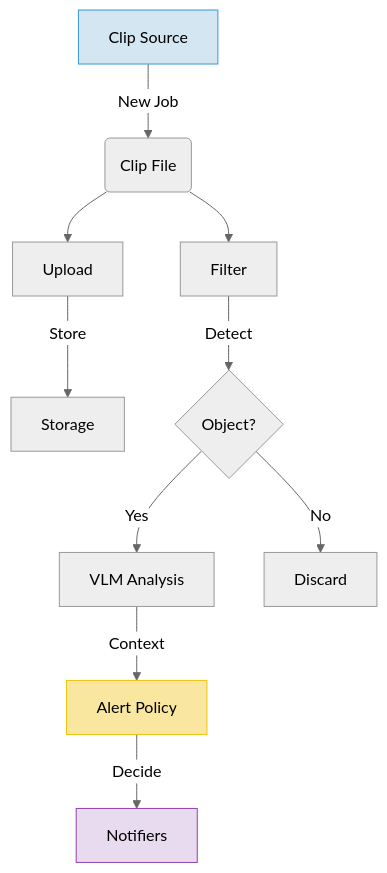
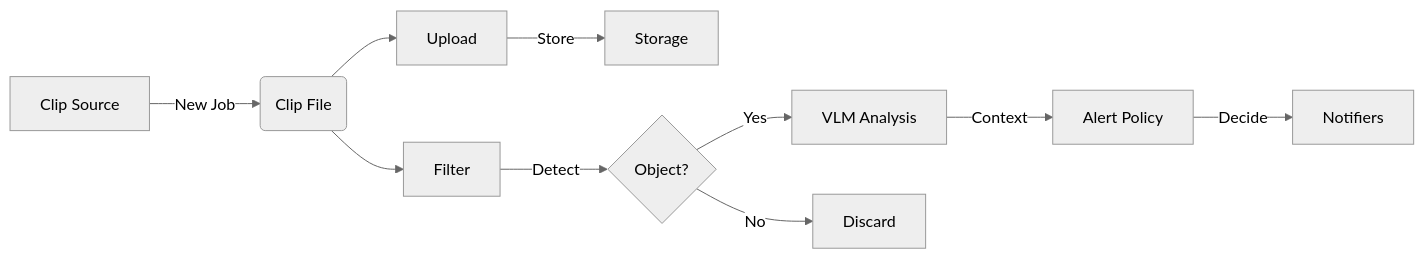
The diagram in README.md (lan17/homesec), drawn with Mermaid (neutral theme) before and after one commit.

Commit message:
docs: refine mermaid diagram (graph LR, remove styles)

````diff
--- a/README.md
+++ b/README.md
@@ -21,16 +21,12 @@
 ```mermaid
-graph TD
+graph LR
     S[Clip Source] -->|New Job| C(Clip File)
     C --> U[Upload]
     C --> F[Filter]
     U -->|Store| DB[Storage]
     F -->|Detect| AI{Object?}
     AI -->|Yes| V[VLM Analysis]
     AI -->|No| D[Discard]
     V -->|Context| P[Alert Policy]
     P -->|Decide| N[Notifiers]
-    
-    style S fill:#d4e6f1,stroke:#3498db
-    style P fill:#f9e79f,stroke:#f1c40f
-    style N fill:#e8daef,stroke:#8e44ad
 ```
````
